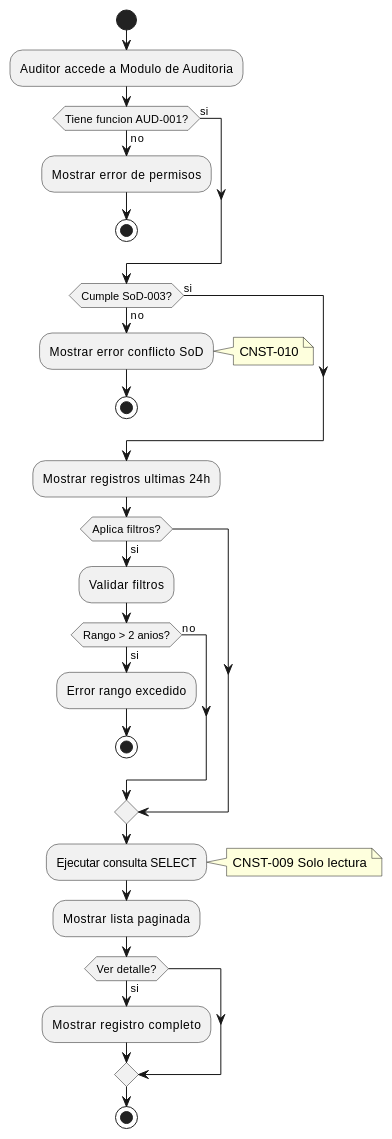
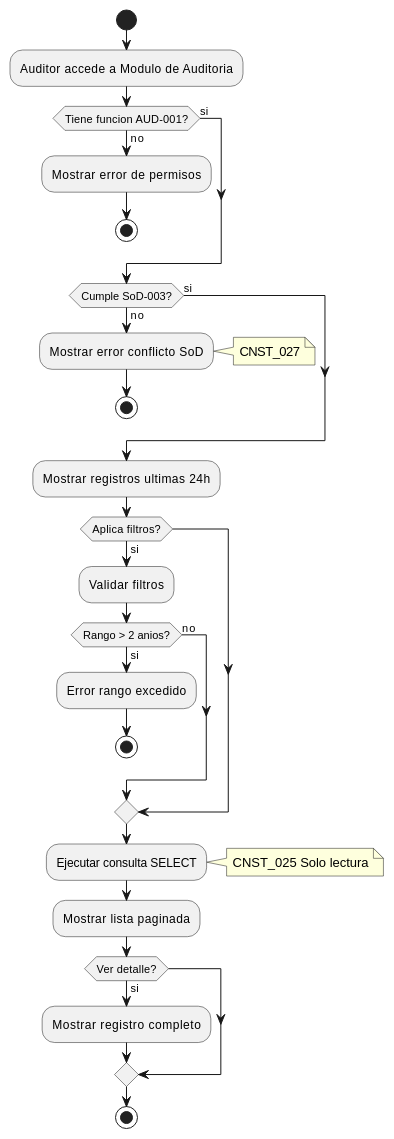
One commit to jcg-admin/IACT-docs changed the third of 3 diagrams in source/requisitos/casos_uso/audit/UC_AUD_01_Consultar_Auditoria.rst. Above: the diagram before and after it, drawn with PlantUML. The commit also changed other lines of this file and 67 other files, not shown here.

```diff
--- a/source/requisitos/casos_uso/audit/UC_AUD_01_Consultar_Auditoria.rst
+++ b/source/requisitos/casos_uso/audit/UC_AUD_01_Consultar_Auditoria.rst
@@ -333,42 +333,42 @@
 .. uml::
    :caption: Diagrama de Actividad - UC_AUD_01
 
    @startuml
    start
    :Auditor accede a Modulo de Auditoria;
 
    if (Tiene funcion AUD-001?) then (no)
      :Mostrar error de permisos;
      stop
    else (si)
    endif
 
    if (Cumple SoD-003?) then (no)
      :Mostrar error conflicto SoD;
-     note right: CNST-010
+     note right: CNST_027
      stop
    else (si)
    endif
 
    :Mostrar registros ultimas 24h;
 
    if (Aplica filtros?) then (si)
      :Validar filtros;
      if (Rango > 2 anios?) then (si)
        :Error rango excedido;
        stop
      else (no)
      endif
    endif
 
    :Ejecutar consulta SELECT;
-   note right: CNST-009 Solo lectura
+   note right: CNST_025 Solo lectura
 
    :Mostrar lista paginada;
 
    if (Ver detalle?) then (si)
      :Mostrar registro completo;
    endif
 
    stop
    @enduml
```
